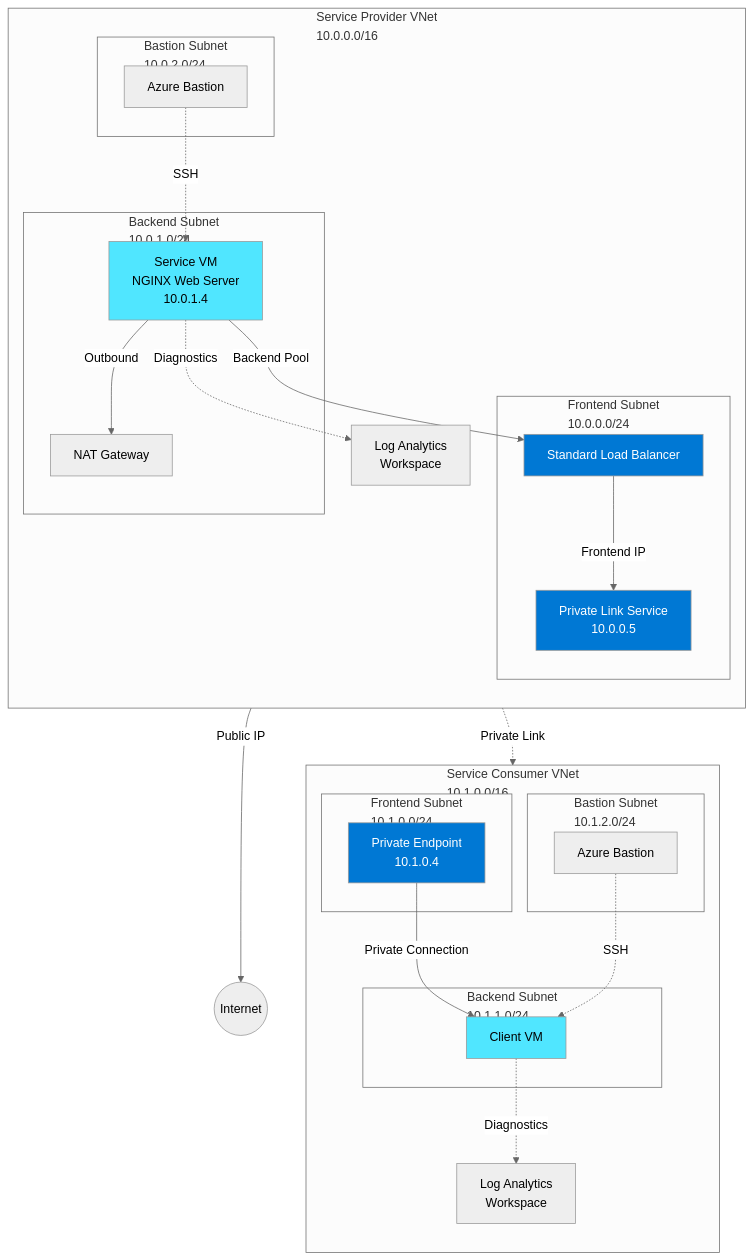
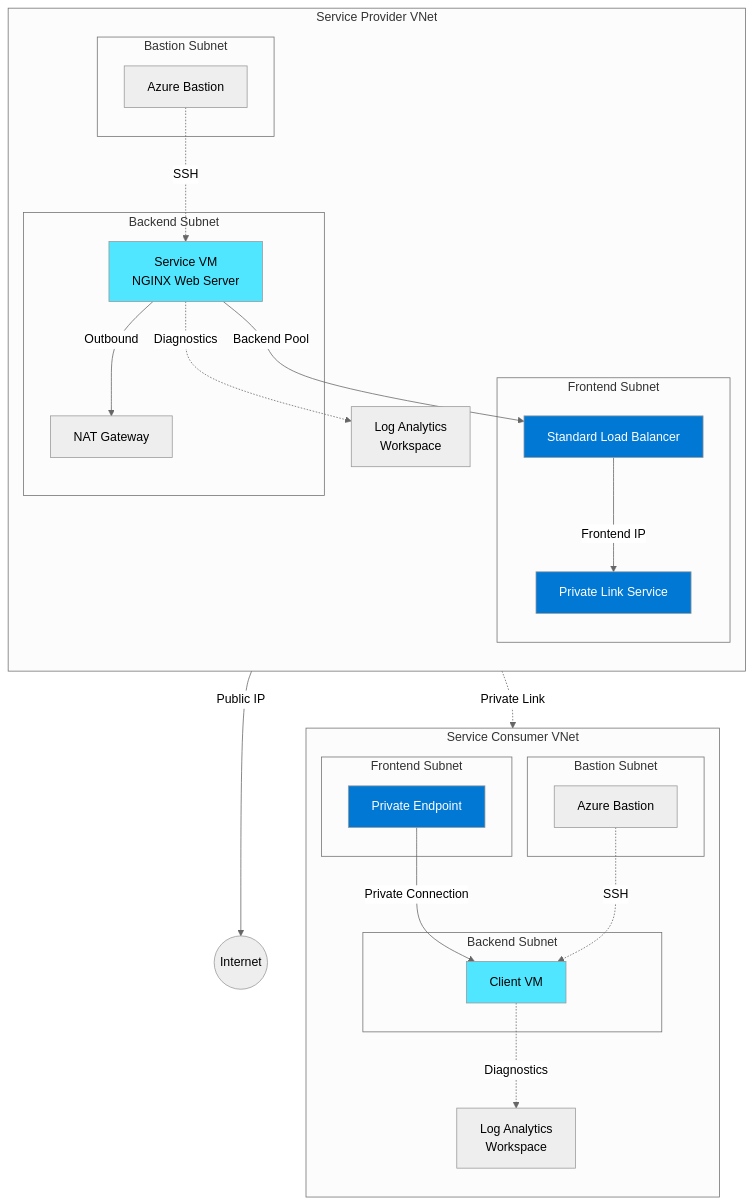
One commit to da5is/azure-private-link-service changed the diagram in README.md. Above: the diagram before and after it, drawn with Mermaid (neutral theme). The commit also changed other lines of this file, not shown here.

Commit message:
mermaid tweakign

````diff
--- a/README.md
+++ b/README.md
@@ -37,65 +37,51 @@
 ```mermaid
 graph TB
-    subgraph Provider["Service Provider VNet
-10.0.0.0/16"]
+    subgraph Provider["Service Provider VNet"]
         direction TB
-        subgraph FrontendProvider["Frontend Subnet
-10.0.0.0/24"]
-            PLS[Private Link Service
-10.0.0.5]
+        subgraph FrontendProvider["Frontend Subnet"]
+            PLS[Private Link Service]
             LB[Standard Load Balancer]
         end
-        subgraph BackendProvider["Backend Subnet
-10.0.1.0/24"]
-            ServiceVM[Service VM
-NGINX Web Server
-10.0.1.4]
+        subgraph BackendProvider["Backend Subnet"]
+            ServiceVM[Service VM<br/>NGINX Web Server]
             NAT[NAT Gateway]
         end
-        subgraph BastionProvider["Bastion Subnet
-10.0.2.0/24"]
+        subgraph BastionProvider["Bastion Subnet"]
             ServiceBastion[Azure Bastion]
         end
-        ServiceLogs[Log Analytics
-Workspace]
+        ServiceLogs[Log Analytics<br/>Workspace]
     end
     
-    subgraph Consumer["Service Consumer VNet
-10.1.0.0/16"]
+    subgraph Consumer["Service Consumer VNet"]
         direction TB
-        subgraph FrontendConsumer["Frontend Subnet
-10.1.0.0/24"]
-            PE[Private Endpoint
-10.1.0.4]
+        subgraph FrontendConsumer["Frontend Subnet"]
+            PE[Private Endpoint]
         end
-        subgraph BackendConsumer["Backend Subnet
-10.1.1.0/24"]
+        subgraph BackendConsumer["Backend Subnet"]
             ClientVM[Client VM]
         end
-        subgraph BastionConsumer["Bastion Subnet
-10.1.2.0/24"]
+        subgraph BastionConsumer["Bastion Subnet"]
             ClientBastion[Azure Bastion]
         end
-        ClientLogs[Log Analytics
-Workspace]
+        ClientLogs[Log Analytics<br/>Workspace]
     end
     
     Internet((Internet))
     
     ServiceVM -->|Backend Pool| LB
     LB -->|Frontend IP| PLS
     PLS -.->|Private Link| PE
     PE -->|Private Connection| ClientVM
     ServiceVM -->|Outbound| NAT
     NAT -->|Public IP| Internet
     ServiceBastion -.->|SSH| ServiceVM
     ClientBastion -.->|SSH| ClientVM
     ServiceVM -.->|Diagnostics| ServiceLogs
     ClientVM -.->|Diagnostics| ClientLogs
     
     style PLS fill:#0078d4,color:#fff
     style PE fill:#0078d4,color:#fff
     style LB fill:#0078d4,color:#fff
     style ServiceVM fill:#50e6ff,color:#000
     style ClientVM fill:#50e6ff,color:#000
 ```
````
